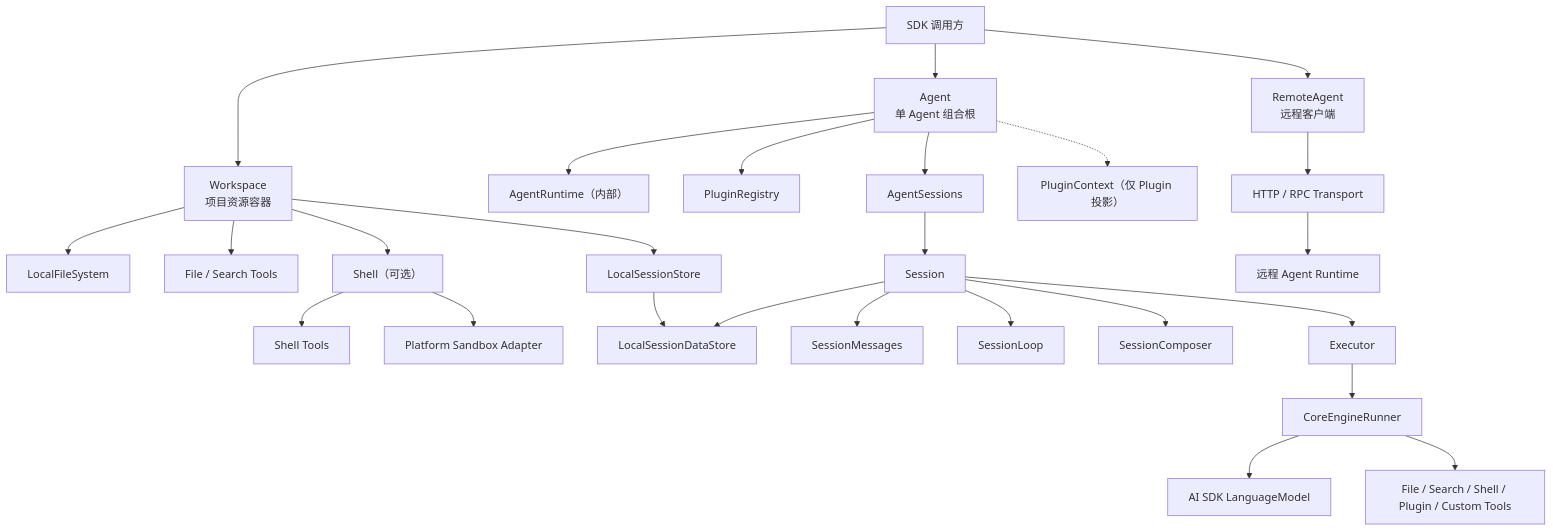
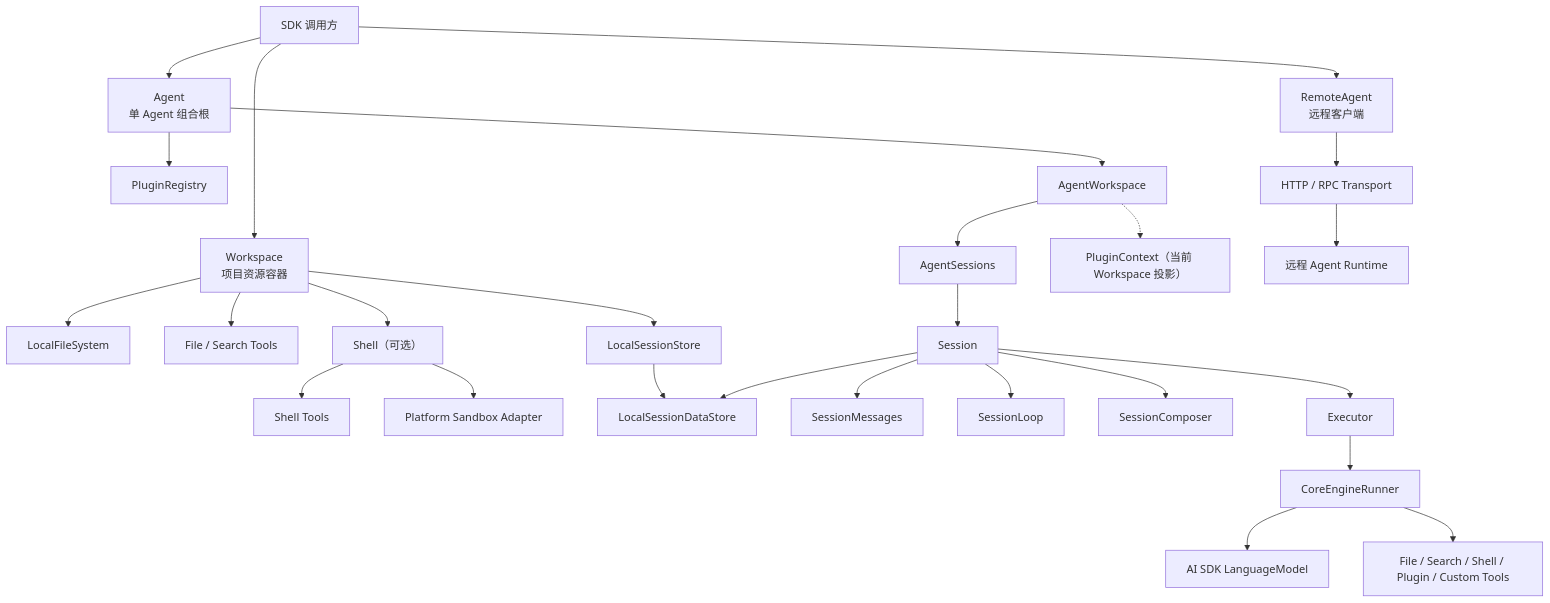
The first of 4 diagrams in docs/agent-sdk-architecture.md (genesiscosmos/downcity), drawn with Mermaid before and after one commit. The commit also changed other lines of this file and 125 other files, not shown here.

````diff
--- a/docs/agent-sdk-architecture.md
+++ b/docs/agent-sdk-architecture.md
@@ -30,34 +32,34 @@
 ```mermaid
 flowchart TD
     App["SDK 调用方"] --> Workspace["Workspace<br/>项目资源容器"]
     App --> Agent["Agent<br/>单 Agent 组合根"]
     App --> RemoteAgent["RemoteAgent<br/>远程客户端"]
 
     Workspace --> Files["LocalFileSystem"]
     Workspace --> WorkspaceTools["File / Search Tools"]
     Workspace --> SessionStore["LocalSessionStore"]
     Workspace --> Shell["Shell（可选）"]
 
     Shell --> ShellTools["Shell Tools"]
     Shell --> Sandbox["Platform Sandbox Adapter"]
 
-    Agent --> AgentRuntime["AgentRuntime（内部）"]
     Agent --> Plugins["PluginRegistry"]
-    Agent --> Sessions["AgentSessions"]
-    Agent -.-> Context["PluginContext（仅 Plugin 投影）"]
+    Agent --> AgentWorkspace["AgentWorkspace"]
+    AgentWorkspace --> Sessions["AgentSessions"]
+    AgentWorkspace -.-> Context["PluginContext（当前 Workspace 投影）"]
 
     Sessions --> Session["Session"]
     SessionStore --> SessionDataStore["LocalSessionDataStore"]
     Session --> SessionDataStore
     Session --> Messages["SessionMessages"]
     Session --> Loop["SessionLoop"]
     Session --> Composer["SessionComposer"]
     Session --> Executor["Executor"]
 
     Executor --> Engine["CoreEngineRunner"]
     Engine --> Model["AI SDK LanguageModel"]
     Engine --> Tools["File / Search / Shell / Plugin / Custom Tools"]
 
     RemoteAgent --> Transport["HTTP / RPC Transport"]
     Transport --> Server["远程 Agent Runtime"]
 ```
````
